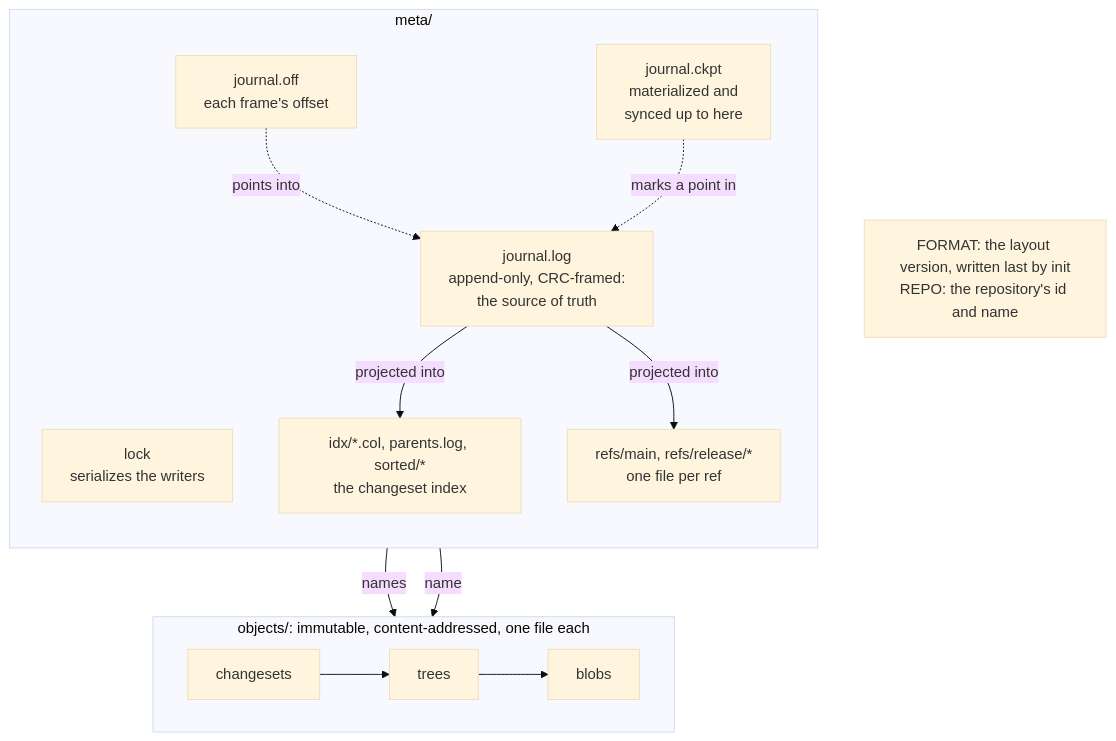
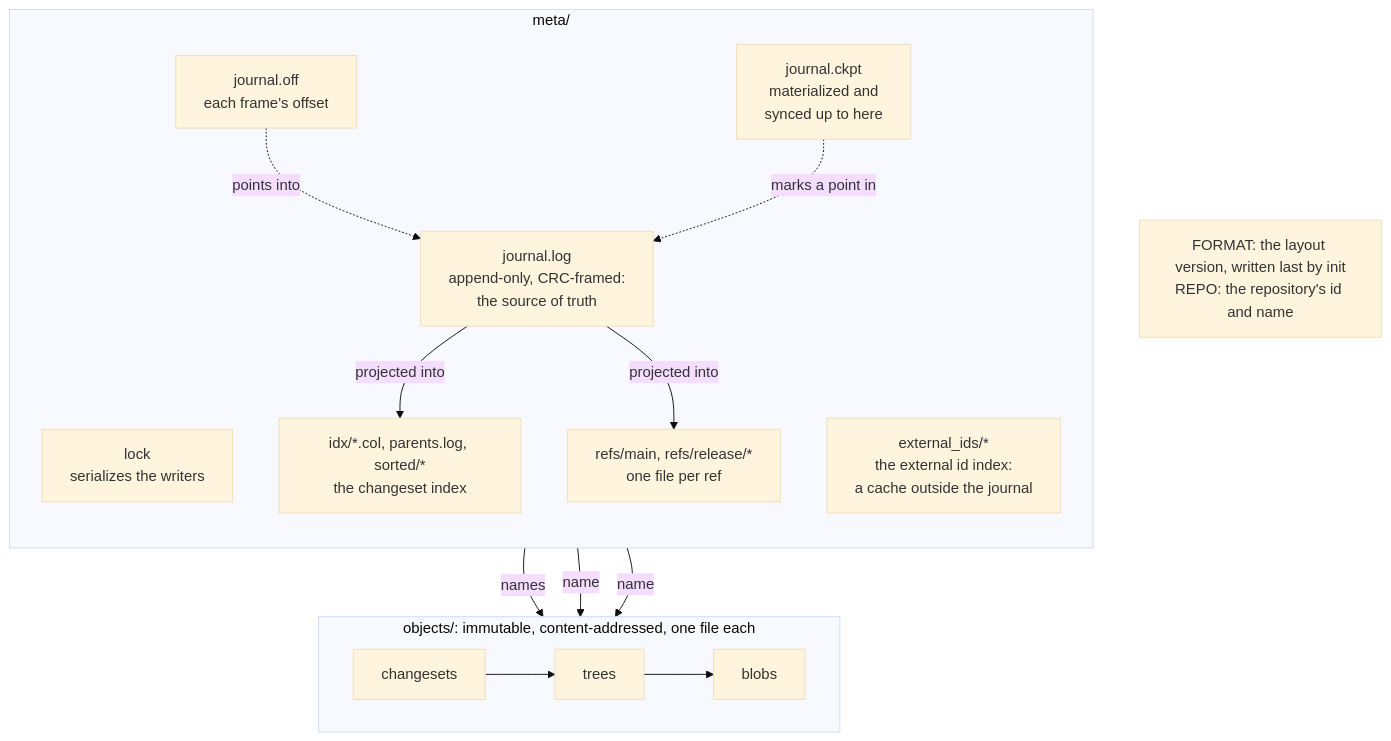
One commit to KeiaiLab/SwarmOps changed the first of 3 diagrams in docs/architecture.md. Above: the diagram before and after it, drawn with Mermaid (base theme). The commit also changed other lines of this file and 11 other files, not shown here.

````diff
--- a/docs/architecture.md
+++ b/docs/architecture.md
@@ -147,23 +151,25 @@
 ```mermaid
 flowchart TB
   root["FORMAT: the layout version, written last by init<br/>REPO: the repository's id and name"]
   subgraph meta["meta/"]
     direction TB
     lock["lock<br/>serializes the writers"]
     off["journal.off<br/>each frame's offset"]
     ckpt["journal.ckpt<br/>materialized and<br/>synced up to here"]
     log["journal.log<br/>append-only, CRC-framed:<br/>the source of truth"]
     idx["idx/*.col, parents.log, sorted/*<br/>the changeset index"]
     refs["refs/main, refs/release/*<br/>one file per ref"]
+    ext["external_ids/*<br/>the external id index:<br/>a cache outside the journal"]
     off -. "points into" .-> log
     ckpt -. "marks a point in" .-> log
     log -- "projected into" --> idx
     log -- "projected into" --> refs
   end
   subgraph objects["objects/: immutable, content-addressed, one file each"]
     direction LR
     cs["changesets"] --> trees["trees"] --> blobs["blobs"]
   end
   idx -- "names" --> cs
   refs -- "name" --> cs
+  ext -- "name" --> cs
 ```
````
